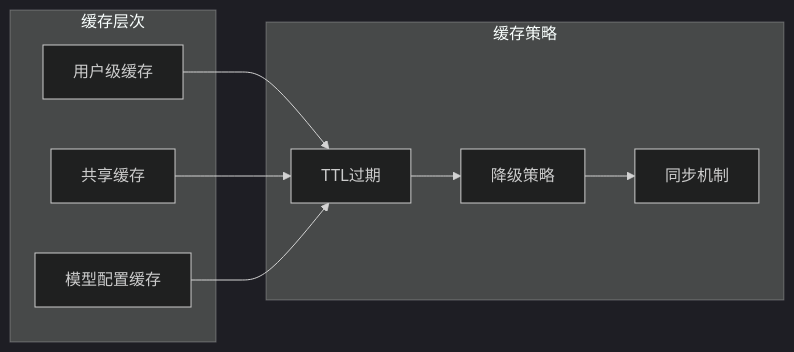
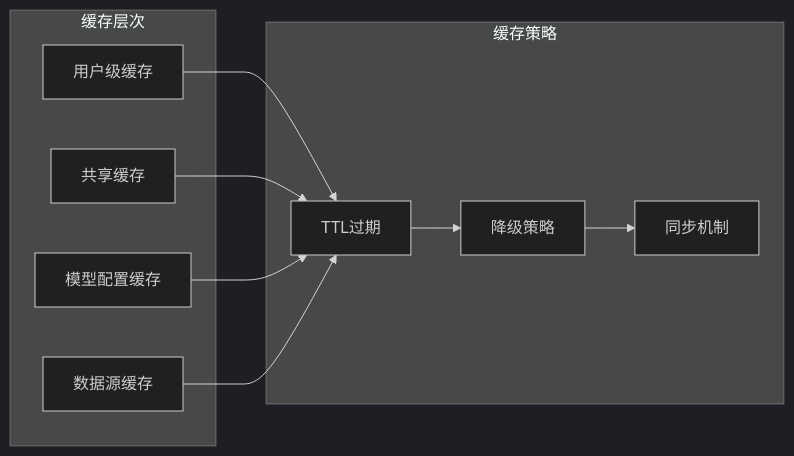
Before and after one commit to breeze-lyf/ai-stock-advisor: diagram 13 of 14 in .qoder/repowiki/zh/content/后端开发指南/AI分析流程诊断脚本.md, drawn with Mermaid (dark theme). The commit also changed other lines of this file and 11 other files, not shown here.

````diff
--- a/.qoder/repowiki/zh/content/后端开发指南/AI分析流程诊断脚本.md
+++ b/.qoder/repowiki/zh/content/后端开发指南/AI分析流程诊断脚本.md
@@ -391,18 +576,20 @@
 ```mermaid
 flowchart LR
 subgraph "缓存层次"
 UserCache[用户级缓存]
 SharedCache[共享缓存]
 ModelCache[模型配置缓存]
+ProviderCache[数据源缓存]
 end
 subgraph "缓存策略"
 TTL[TTL过期]
 Fallback[降级策略]
 Sync[同步机制]
 end
 UserCache --> TTL
 SharedCache --> TTL
 ModelCache --> TTL
+ProviderCache --> TTL
 TTL --> Fallback
 Fallback --> Sync
 ```
````
